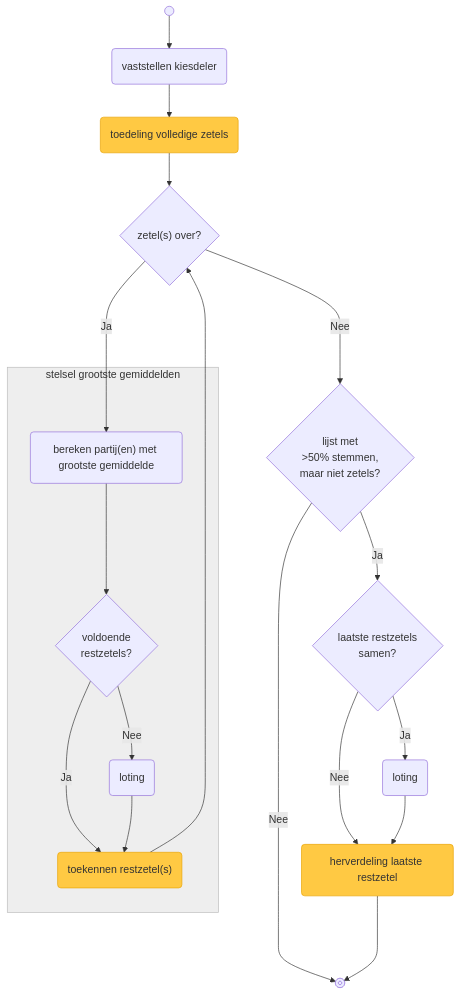
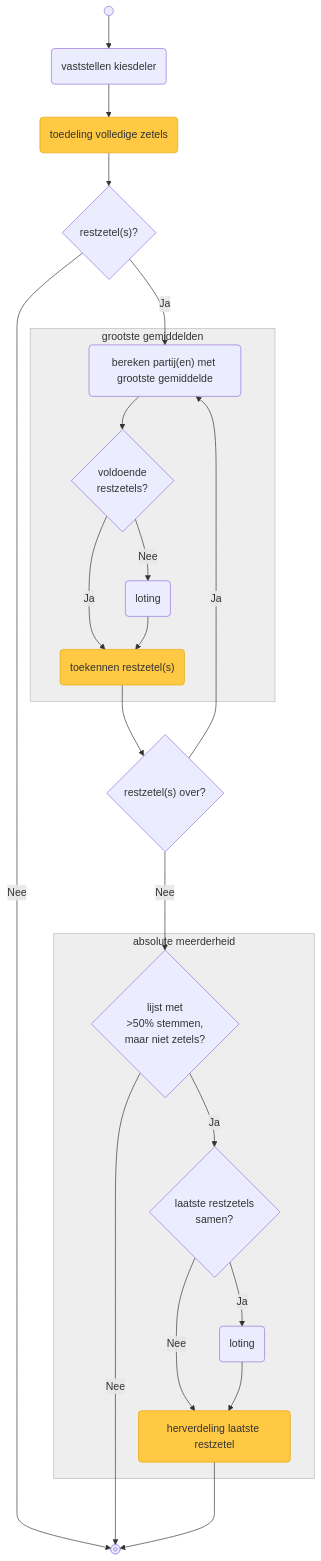
One commit to kiesraad/abacus-documentatie changed the first of 2 diagrams in verkiezingsproces/zetelverdeling-flowchart.md. Above: the diagram before and after it, drawn with Mermaid.

Commit message:
improves chart for 19 or more seats

````diff
--- a/verkiezingsproces/zetelverdeling-flowchart.md
+++ b/verkiezingsproces/zetelverdeling-flowchart.md
@@ -11,62 +11,63 @@
 ```Mermaid
 flowchart
     %% styling
     classDef lijstuitputting fill:#ffc943,stroke:#e8a302
     classDef greyFill fill:#eee,stroke:#bbb;
 
     %% elements
     flow_start@{ shape: sm-circ, label: "start" }
     flow_end@{ shape: framed-circle, label: "end" }
 
     vaststellen_kiesdeler(vaststellen kiesdeler)
-
     toedeling_volledige_zetels(toedeling volledige zetels)
     class toedeling_volledige_zetels lijstuitputting
 
-    restzetels{"zetel(s) over?"}
+    restzetels{"restzetel(s)?"}
 
     bereken_partijen_met_grootste_gemiddelde("bereken partij(en) met grootste gemiddelde")
-
     voldoende_restzetels{voldoende<br/>restzetels?}
     loting_grootste_gemiddelden(loting)
     toekennen_restzetels("toekennen restzetel(s)")
     class toekennen_restzetels lijstuitputting
+
+    restzetels_na_gemiddelden{"restzetel(s) over?"}
+
     volstrekte_meerderheid{lijst met<br/>>50% stemmen,<br/>maar niet zetels?}
     laatste_restzetels_samen{laatste restzetels<br/>samen?}
     loting_abs_meerderheid(loting)
-
     herverdeling_laatste_restzetel(herverdeling laatste restzetel)
     class herverdeling_laatste_restzetel lijstuitputting
 
     %% flow
     flow_start --> vaststellen_kiesdeler
     vaststellen_kiesdeler --> toedeling_volledige_zetels
-
     toedeling_volledige_zetels --> restzetels
 
-    restzetels --->|Nee| volstrekte_meerderheid
+    restzetels -->|Nee| flow_end
+    restzetels -->|Ja| bereken_partijen_met_grootste_gemiddelde
 
-    restzetels --->|Ja| bereken_partijen_met_grootste_gemiddelde
-
-    subgraph grootste_gemiddelden["stelsel grootste gemiddelden"]
+    subgraph grootste_gemiddelden["grootste gemiddelden"]
         bereken_partijen_met_grootste_gemiddelde --> voldoende_restzetels
         voldoende_restzetels -->|Ja| toekennen_restzetels
         voldoende_restzetels -->|Nee| loting_grootste_gemiddelden
         loting_grootste_gemiddelden --> toekennen_restzetels        
     end
     class grootste_gemiddelden greyFill;
 
-    toekennen_restzetels --> restzetels
+    toekennen_restzetels --> restzetels_na_gemiddelden
 
-    volstrekte_meerderheid -->|Ja| laatste_restzetels_samen
+    restzetels_na_gemiddelden --->|Nee| volstrekte_meerderheid
+    restzetels_na_gemiddelden --->|Ja| bereken_partijen_met_grootste_gemiddelde
 
-    laatste_restzetels_samen -->|Ja| loting_abs_meerderheid
-    laatste_restzetels_samen -->|Nee| herverdeling_laatste_restzetel
-
-    loting_abs_meerderheid --> herverdeling_laatste_restzetel
+    subgraph absolute_meerderheid["absolute meerderheid"]
+        volstrekte_meerderheid -->|Ja| laatste_restzetels_samen
+        laatste_restzetels_samen -->|Ja| loting_abs_meerderheid
+        laatste_restzetels_samen -->|Nee| herverdeling_laatste_restzetel
+        loting_abs_meerderheid --> herverdeling_laatste_restzetel
+    end
+    class absolute_meerderheid greyFill;
 
     volstrekte_meerderheid --->|Nee| flow_end
-
     herverdeling_laatste_restzetel ---> flow_end
 
 ```
````
